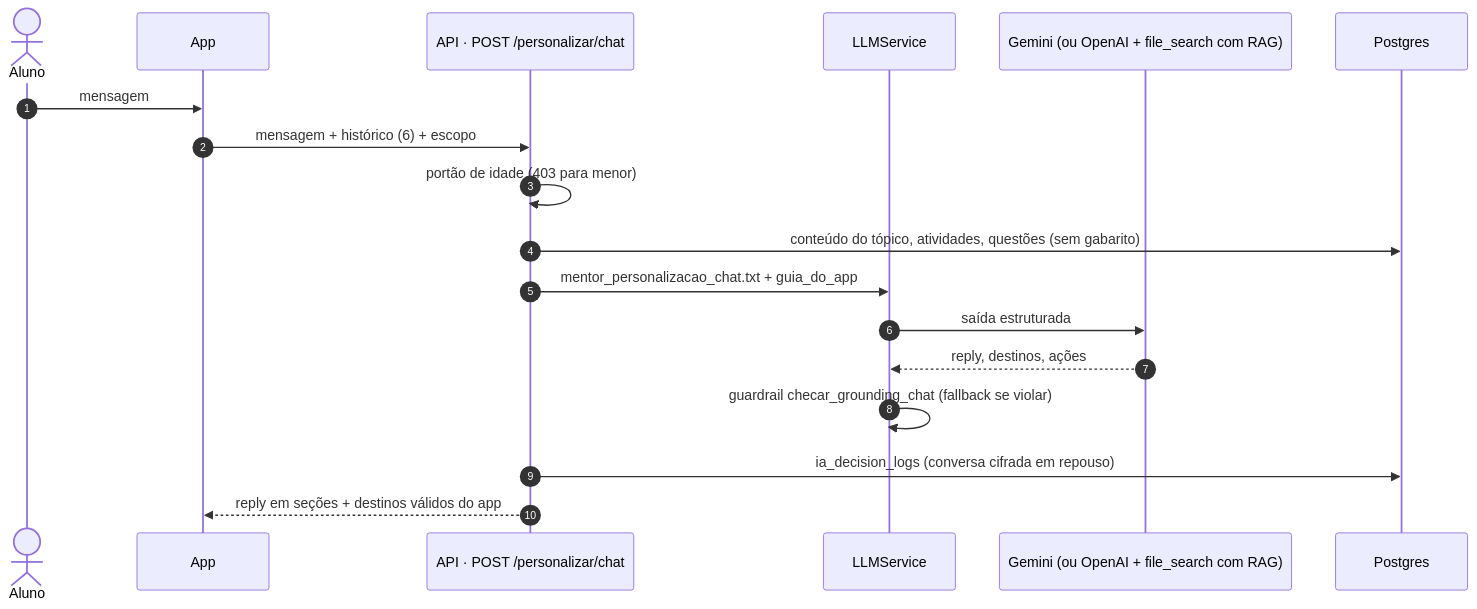
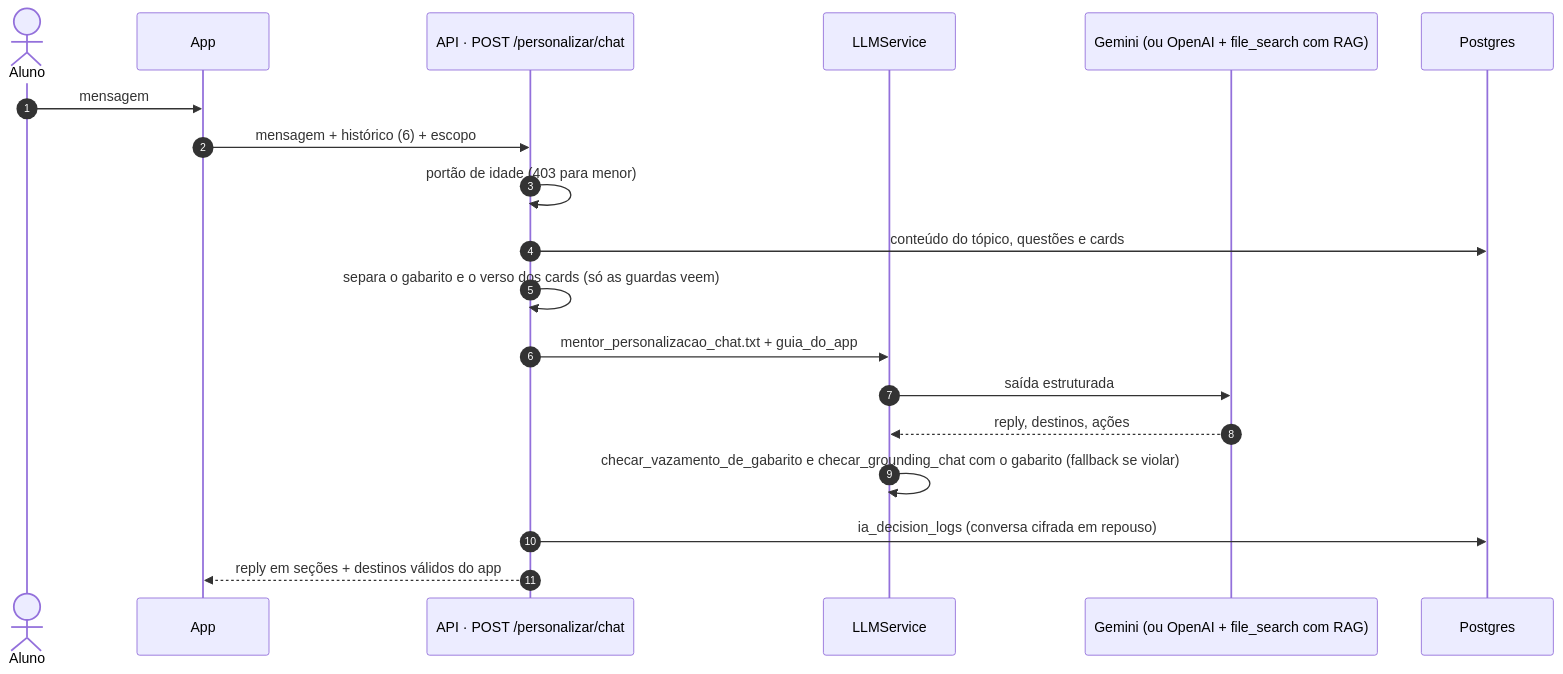
Before and after one commit to Geisbelly/TrailUp: the tenth of 20 diagrams in docs/tcc/modelagem/03-pipeline-ponta-a-ponta.md, drawn with Mermaid. The commit also changed 7 other files, not shown here.

First line of the commit message:
docs: guia sem gabarito, questão no banco e push na documentação; site remedido em 08/11 (#1070)

````diff
--- a/docs/tcc/modelagem/03-pipeline-ponta-a-ponta.md
+++ b/docs/tcc/modelagem/03-pipeline-ponta-a-ponta.md
@@ -258,21 +258,22 @@
 ```mermaid
 sequenceDiagram
   autonumber
   actor Al as Aluno
   participant APP as App
   participant API as API · POST /personalizar/chat
   participant LLM as LLMService
   participant M as Gemini (ou OpenAI + file_search com RAG)
   participant DB as Postgres
 
   Al->>APP: mensagem
   APP->>API: mensagem + histórico (6) + escopo
   API->>API: portão de idade (403 para menor)
-  API->>DB: conteúdo do tópico, atividades, questões (sem gabarito)
+  API->>DB: conteúdo do tópico, questões e cards
+  API->>API: separa o gabarito e o verso dos cards (só as guardas veem)
   API->>LLM: mentor_personalizacao_chat.txt + guia_do_app
   LLM->>M: saída estruturada
   M-->>LLM: reply, destinos, ações
-  LLM->>LLM: guardrail checar_grounding_chat (fallback se violar)
+  LLM->>LLM: checar_vazamento_de_gabarito e checar_grounding_chat com o gabarito (fallback se violar)
   API->>DB: ia_decision_logs (conversa cifrada em repouso)
   API-->>APP: reply em seções + destinos válidos do app
 ```
````
